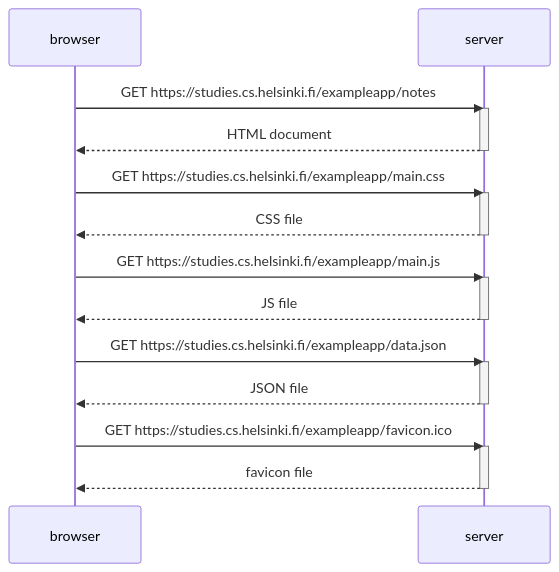
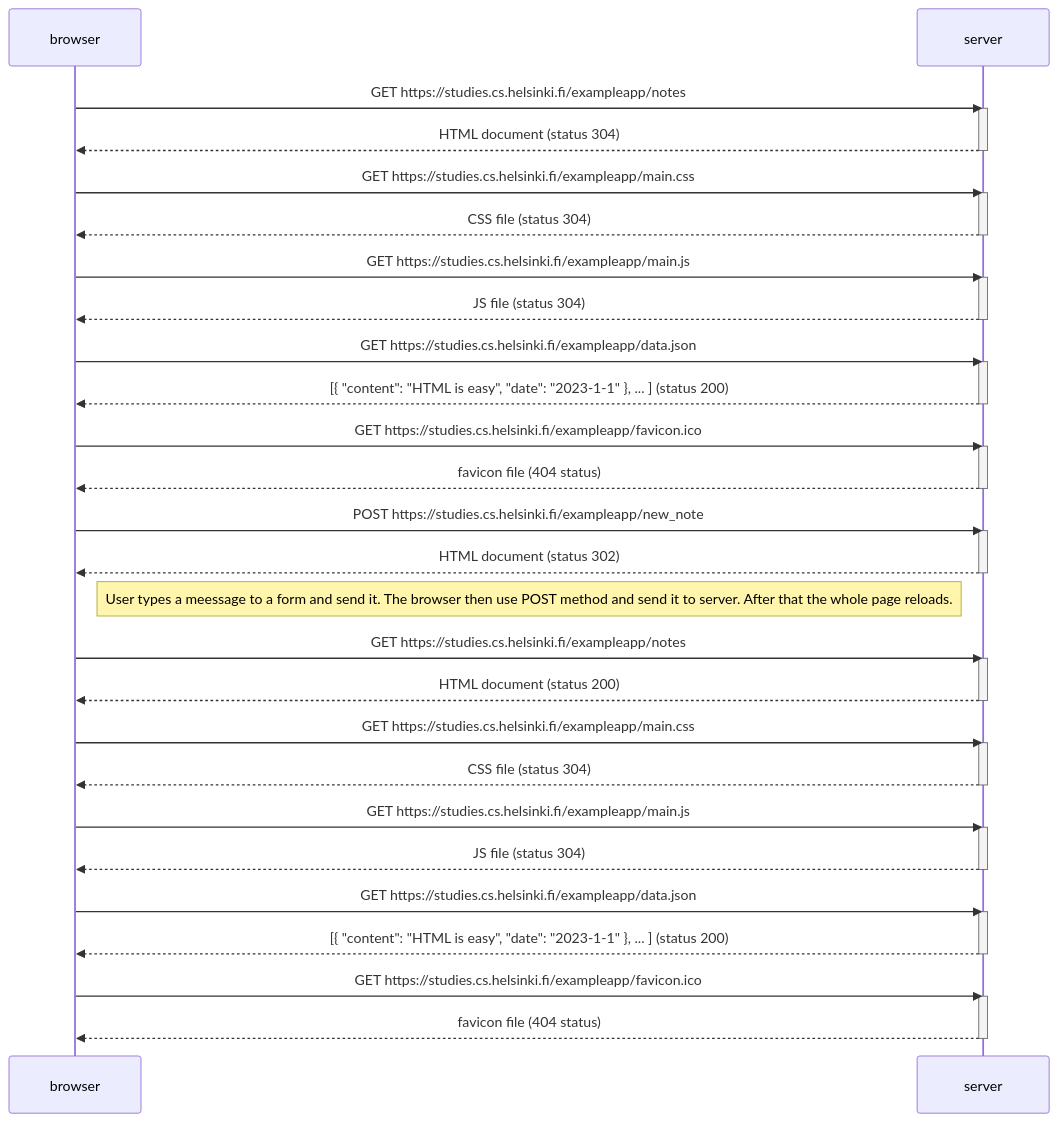
The diagram in 0_4_New_note_diagram.md (Kremp0/part0), drawn with Mermaid before and after one commit.

Commit message:
first part completed

````diff
--- a/0_4_New_note_diagram.md
+++ b/0_4_New_note_diagram.md
@@ -1,31 +1,66 @@
 ```mermaid
 sequenceDiagram
     participant browser
     participant server
 
     browser->>server: GET https://studies.cs.helsinki.fi/exampleapp/notes
     activate server
-    server-->>browser: HTML document
+    server-->>browser: HTML document (status 304)
     deactivate server
 
     browser->>server: GET https://studies.cs.helsinki.fi/exampleapp/main.css
     activate server
-    server-->>browser: CSS file
+    server-->>browser: CSS file (status 304)
     deactivate server
 
     browser->>server: GET https://studies.cs.helsinki.fi/exampleapp/main.js
     activate server
-    server-->>browser: JS file
+    server-->>browser: JS file (status 304)
     deactivate server
+
+
 
     browser->>server: GET https://studies.cs.helsinki.fi/exampleapp/data.json
     activate server
-    server-->>browser: JSON file
+    server-->>browser: [{ "content": "HTML is easy", "date": "2023-1-1" }, ... ] (status 200)
     deactivate server
 
     browser->>server: GET https://studies.cs.helsinki.fi/exampleapp/favicon.ico
     activate server
-    server-->>browser: favicon file
+    server-->>browser: favicon file (404 status)
     deactivate server
 
+
+    browser->>server: POST https://studies.cs.helsinki.fi/exampleapp/new_note
+    activate server
+    server-->>browser: HTML document (status 302)
+    deactivate server
+    
+    Note right of browser: User types a meessage to a form and send it. The browser then use POST method and send it to server. After that the whole page reloads.
+
+    browser->>server: GET https://studies.cs.helsinki.fi/exampleapp/notes
+    activate server
+    server-->>browser: HTML document (status 200)
+    deactivate server
+
+    browser->>server: GET https://studies.cs.helsinki.fi/exampleapp/main.css
+    activate server
+    server-->>browser: CSS file (status 304)
+    deactivate server
+
+    browser->>server: GET https://studies.cs.helsinki.fi/exampleapp/main.js
+    activate server
+    server-->>browser: JS file (status 304)
+    deactivate server
+
+
+    browser->>server: GET https://studies.cs.helsinki.fi/exampleapp/data.json
+    activate server
+    server-->>browser: [{ "content": "HTML is easy", "date": "2023-1-1" }, ... ] (status 200)
+    deactivate server
+
+    browser->>server: GET https://studies.cs.helsinki.fi/exampleapp/favicon.ico
+    activate server
+    server-->>browser: favicon file (404 status)
+    deactivate server
 ```
````
